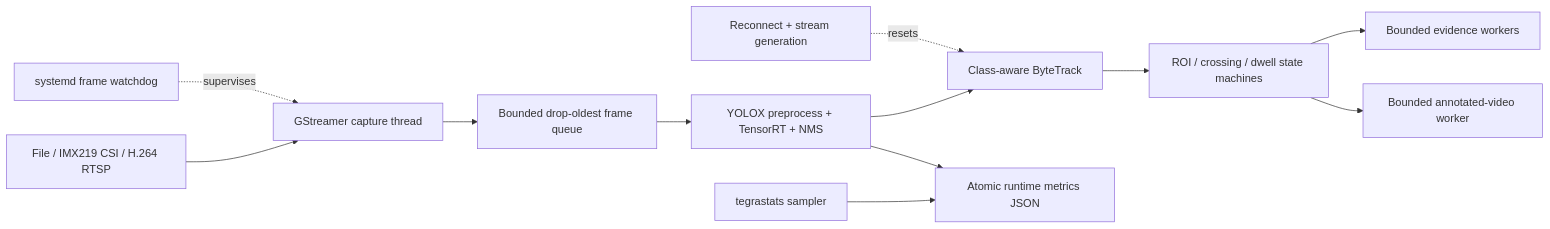
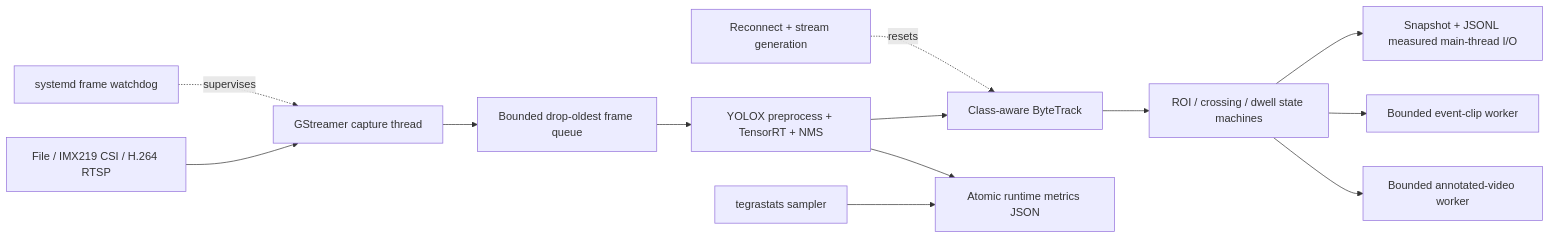
The diagram in README.md (Nefelibata134/jetson-realtime-tracking-system), drawn with Mermaid before and after one commit. The commit also changed other lines of this file and 4 other files, not shown here.

````diff
--- a/README.md
+++ b/README.md
@@ -62,14 +62,15 @@
 ```mermaid
 flowchart LR
     A["File / IMX219 CSI / H.264 RTSP"] --> B["GStreamer capture thread"]
     B --> C["Bounded drop-oldest frame queue"]
     C --> D["YOLOX preprocess + TensorRT + NMS"]
     D --> E["Class-aware ByteTrack"]
     E --> F["ROI / crossing / dwell state machines"]
-    F --> G["Bounded evidence workers"]
-    F --> H["Bounded annotated-video worker"]
-    I["tegrastats sampler"] --> J["Atomic runtime metrics JSON"]
-    D --> J
-    K["systemd frame watchdog"] -. supervises .-> B
-    L["Reconnect + stream generation"] -. resets .-> E
+    F --> G["Snapshot + JSONL measured main-thread I/O"]
+    F --> H["Bounded event-clip worker"]
+    F --> I["Bounded annotated-video worker"]
+    J["tegrastats sampler"] --> K["Atomic runtime metrics JSON"]
+    D --> K
+    L["systemd frame watchdog"] -. supervises .-> B
+    M["Reconnect + stream generation"] -. resets .-> E
 ```
````
